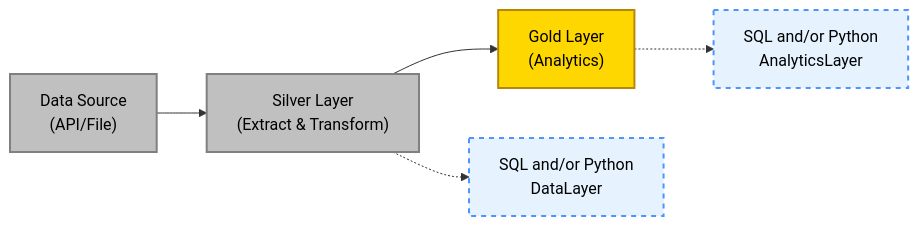
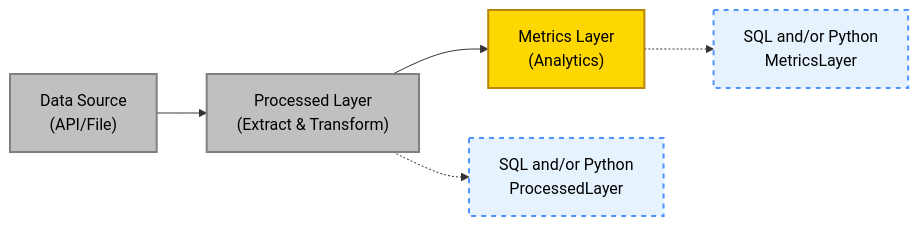
One commit to good-data-institute/rewiring-aotearoa-electrification-progress-tracker changed the diagram in etl/ETL_GUIDE.md. Above: the diagram before and after it, drawn with Mermaid. The commit also changed other lines of this file and 16 other files, not shown here.

````diff
--- a/etl/ETL_GUIDE.md
+++ b/etl/ETL_GUIDE.md
@@ -33,23 +35,23 @@
 ```mermaid
 flowchart LR
     Source["Data Source<br/>(API/File)"]
-    Silver["Silver Layer<br/>(Extract & Transform)"]
-    Gold["Gold Layer<br/>(Analytics)"]
+    Processed["Processed Layer<br/>(Extract & Transform)"]
+    Metrics["Metrics Layer<br/>(Analytics)"]
 
-    Source --> Silver
-    Silver --> Gold
+    Source --> Processed
+    Processed --> Metrics
 
-    SilverTools["SQL and/or Python<br/>DataLayer"]
-    GoldTools["SQL and/or Python<br/>AnalyticsLayer"]
+    ProcessedTools["SQL and/or Python<br/>ProcessedLayer"]
+    MetricsTools["SQL and/or Python<br/>MetricsLayer"]
 
-    Silver -.-> SilverTools
-    Gold -.-> GoldTools
+    Processed -.-> ProcessedTools
+    Metrics -.-> MetricsTools
 
-    classDef silverStyle color:#000000,fill:#c0c0c0,stroke:#808080,stroke-width:2px
-    classDef goldStyle color:#000000,fill:#ffd700,stroke:#b8860b,stroke-width:2px
+    classDef ProcessedStyle color:#000000,fill:#c0c0c0,stroke:#808080,stroke-width:2px
+    classDef MetricsStyle color:#000000,fill:#ffd700,stroke:#b8860b,stroke-width:2px
     classDef toolStyle color:#000000,fill:#e6f3ff,stroke:#4d94ff,stroke-width:2px,stroke-dasharray: 5 5
 
-    class Source,Silver silverStyle
-    class Gold goldStyle
-    class SilverTools,GoldTools toolStyle
+    class Source,Processed ProcessedStyle
+    class Metrics MetricsStyle
+    class ProcessedTools,MetricsTools toolStyle
 ```
````
